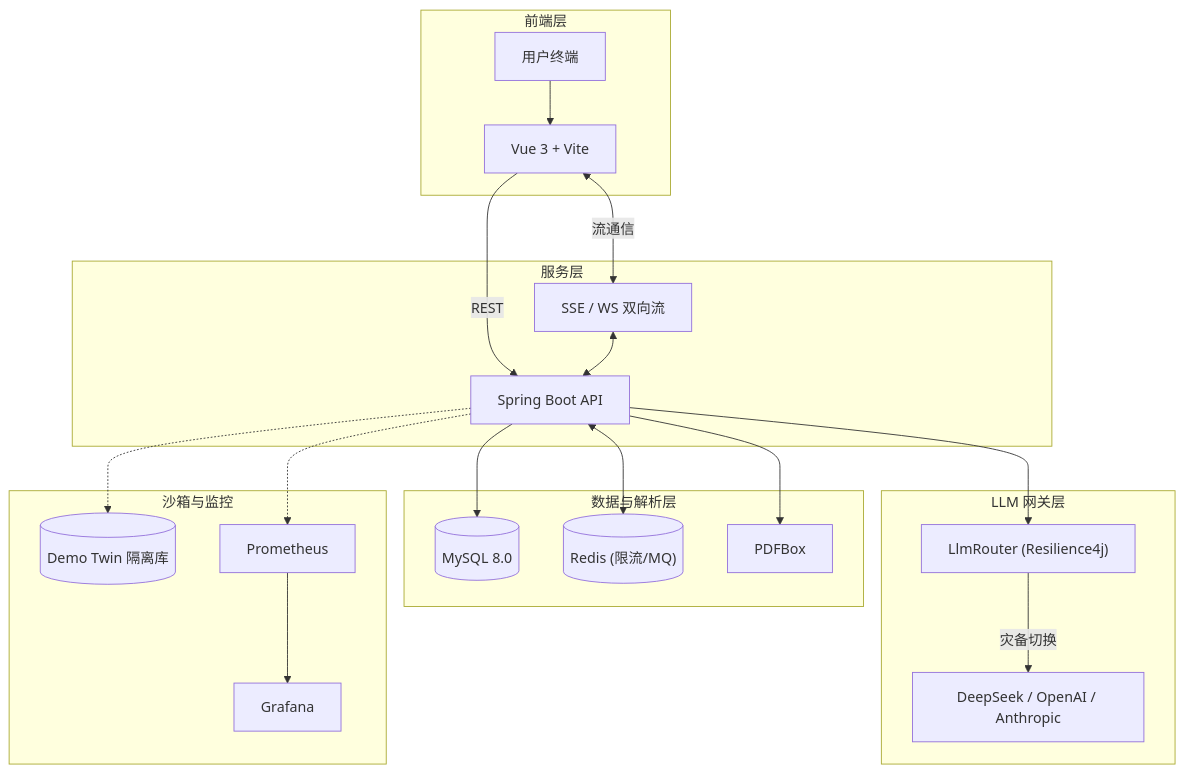
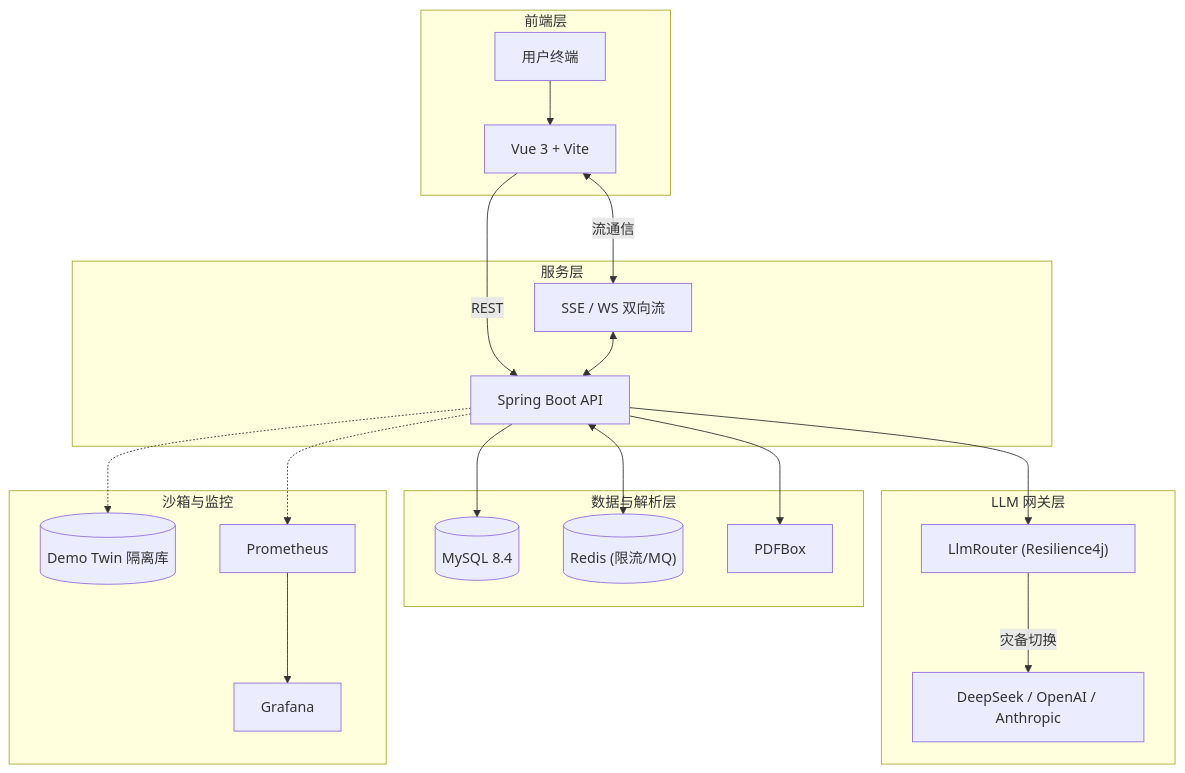
The diagram in README.md (zyyyyynnn/Prelude), drawn with Mermaid before and after one commit. The commit also changed other lines of this file, not shown here.

Commit message:
docs: update MySQL version to 8.4 in README to match current requirements

````diff
--- a/README.md
+++ b/README.md
@@ -26,42 +26,42 @@
 ```mermaid
 flowchart TB
   subgraph Client ["前端层"]
     U["用户终端"] --> FE["Vue 3 + Vite"]
   end
 
   subgraph Server ["服务层"]
     API["Spring Boot API"]
     WS["SSE / WS 双向流"]
   end
 
   subgraph Data ["数据与解析层"]
-    DB[("MySQL 8.0")]
+    DB[("MySQL 8.4")]
     Redis[("Redis (限流/MQ)")]
     PDF["PDFBox"]
   end
 
   subgraph Gateway ["LLM 网关层"]
     Router["LlmRouter (Resilience4j)"]
     LLM["DeepSeek / OpenAI / Anthropic"]
     Router -->|灾备切换| LLM
   end
 
   subgraph Ops ["沙箱与监控"]
     DemoDB[("Demo Twin 隔离库")]
     Prometheus["Prometheus"]
     Grafana["Grafana"]
     Prometheus --> Grafana
   end
 
   FE -->|REST| API
   FE <-->|流通信| WS
   WS <--> API
   
   API --> DB
   API <--> Redis
   API --> PDF
   API --> Router
   
   API -.-> DemoDB
   API -.-> Prometheus
 ```
````
